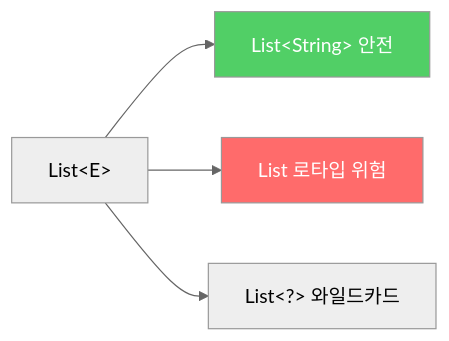
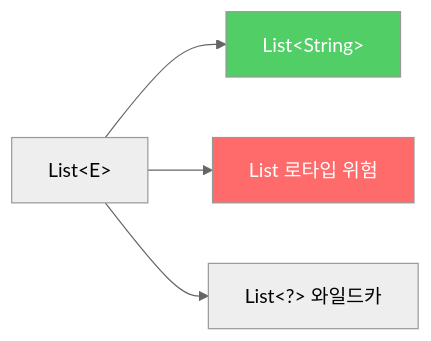
One commit to yjkim2015/yjkim2015.github.io changed the third of 3 diagrams in _posts/java/2022-01-05-effective-java26.md. Above: the diagram before and after it, drawn with Mermaid (neutral theme). The commit also changed other lines of this file and 245 other files, not shown here.

First line of the commit message:
Mermaid 다이어그램 전면 수정 + 면접 포인트 접기/펼치기 + DB 데드락 페이지

````diff
--- a/_posts/java/2022-01-05-effective-java26.md
+++ b/_posts/java/2022-01-05-effective-java26.md
@@ -191,8 +189,8 @@
 ```mermaid
 graph LR
-    A["List&lt;E&gt;"] --> B["List&lt;String&gt; 안전"]
+    A["List&lt;E&gt;"] --> B["List&lt;String&gt;"]
     A --> C["List 로타입 위험"]
-    A --> D["List&lt;?&gt; 와일드카드"]
+    A --> D["List&lt;?&gt; 와일드카"]
     style C fill:#ff6b6b,color:#fff
     style B fill:#51cf66,color:#fff
 ```
````
